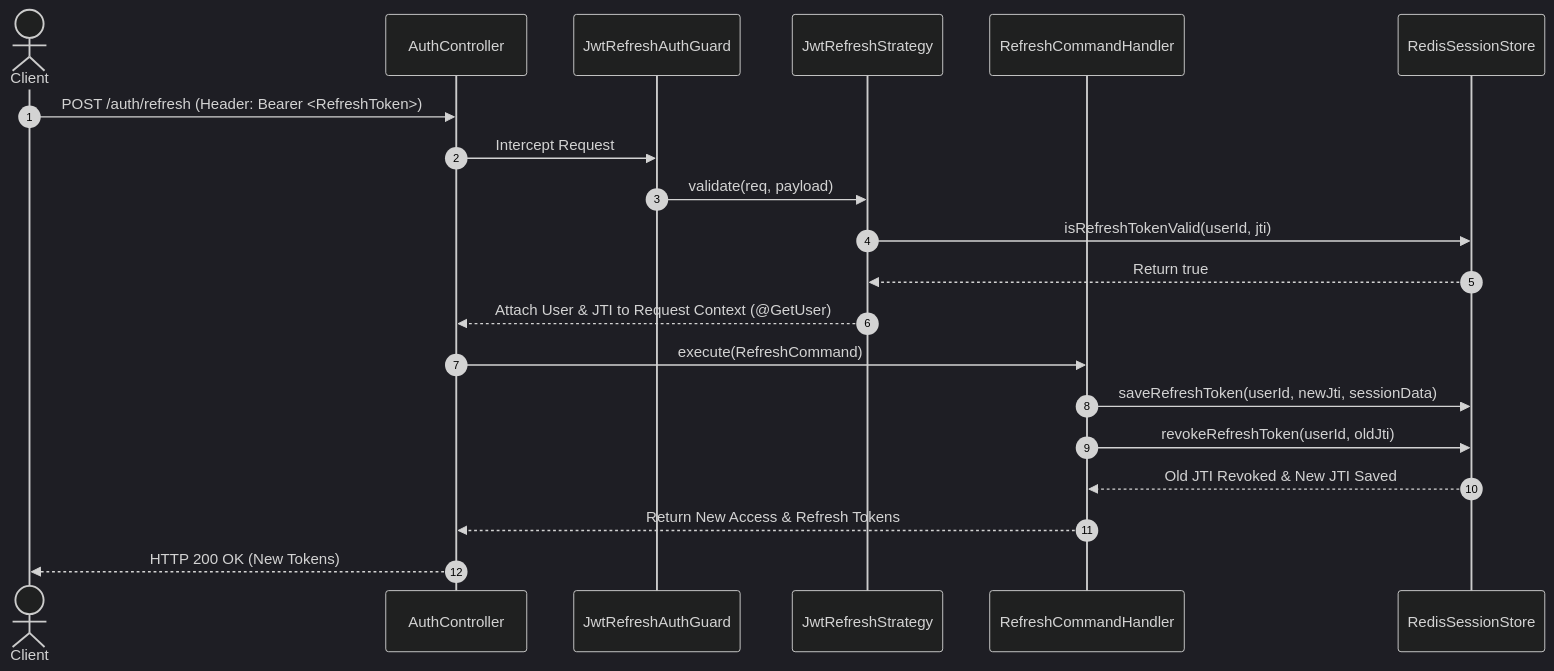
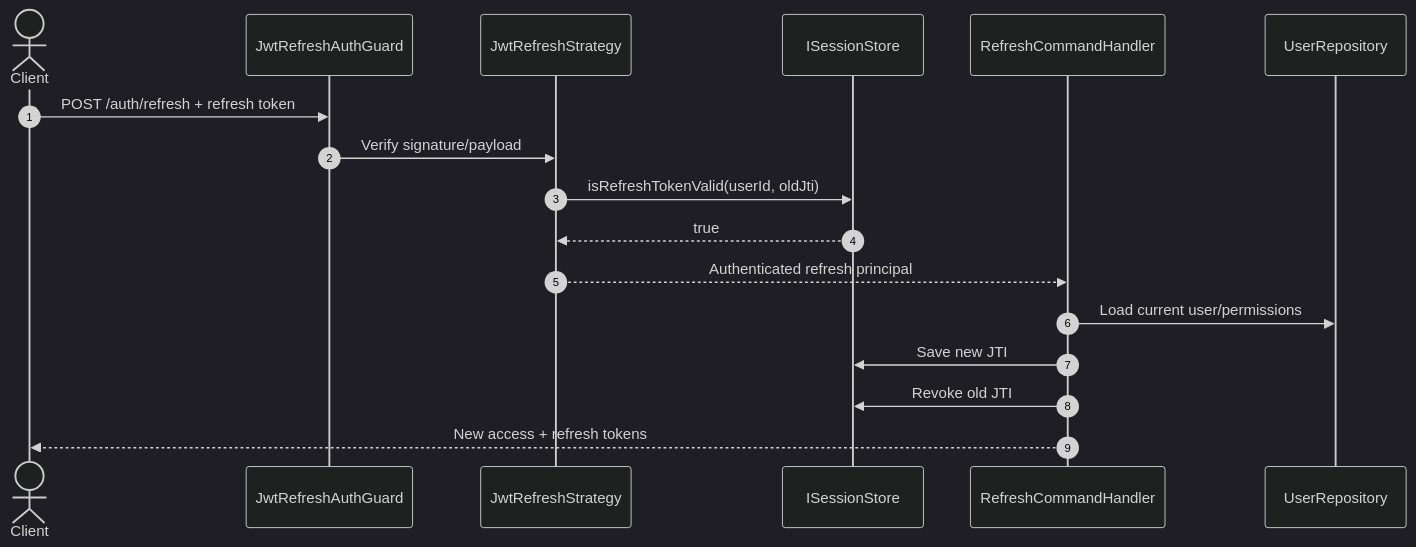
One commit to 8eyond-Infinite/turborepo-advanced-starter changed the second of 2 diagrams in apps/server/src/contexts/iam/auth/README.md. Above: the diagram before and after it, drawn with Mermaid (dark theme). The commit also changed other lines of this file and 209 other files, not shown here.

````diff
--- a/apps/server/src/contexts/iam/auth/README.md
+++ b/apps/server/src/contexts/iam/auth/README.md
@@ -76,23 +109,20 @@
 ```mermaid
 sequenceDiagram
     autonumber
     actor Client
-    participant Ctrl as AuthController
     participant Guard as JwtRefreshAuthGuard
-    participant Strat as JwtRefreshStrategy
-    participant Hdl as RefreshCommandHandler
-    participant Store as RedisSessionStore
+    participant Strategy as JwtRefreshStrategy
+    participant Store as ISessionStore
+    participant Handler as RefreshCommandHandler
+    participant Users as UserRepository
 
-    Client->>Ctrl: POST /auth/refresh (Header: Bearer <RefreshToken>)
-    Ctrl->>Guard: Intercept Request
-    Guard->>Strat: validate(req, payload)
-    Strat->>Store: isRefreshTokenValid(userId, jti)
-    Store-->>Strat: Return true
-    Strat-->>Ctrl: Attach User & JTI to Request Context (@GetUser)
-    Ctrl->>Hdl: execute(RefreshCommand)
-    Hdl->>Store: saveRefreshToken(userId, newJti, sessionData)
-    Hdl->>Store: revokeRefreshToken(userId, oldJti)
-    Store-->>Hdl: Old JTI Revoked & New JTI Saved
-    Hdl-->>Ctrl: Return New Access & Refresh Tokens
-    Ctrl-->>Client: HTTP 200 OK (New Tokens)
+    Client->>Guard: POST /auth/refresh + refresh token
+    Guard->>Strategy: Verify signature/payload
+    Strategy->>Store: isRefreshTokenValid(userId, oldJti)
+    Store-->>Strategy: true
+    Strategy-->>Handler: Authenticated refresh principal
+    Handler->>Users: Load current user/permissions
+    Handler->>Store: Save new JTI
+    Handler->>Store: Revoke old JTI
+    Handler-->>Client: New access + refresh tokens
 ```
````
